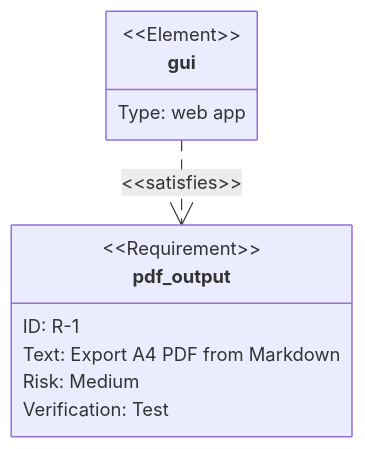
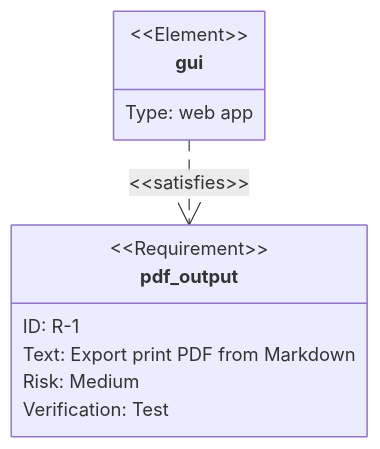
Before and after one commit to GawaDev/ohyna: diagram 22 of 25 in web/src/sample.md, drawn with Mermaid. The commit also changed other lines of this file and 51 other files, not shown here.

````diff
--- a/web/src/sample.md
+++ b/web/src/sample.md
@@ -823,13 +823,13 @@
 ```mermaid
 requirementDiagram
   requirement pdf_output {
     id: "R-1"
-    text: "Export A4 PDF from Markdown"
+    text: "Export print PDF from Markdown"
     risk: medium
     verifymethod: test
   }
   element gui {
     type: "web app"
   }
   gui - satisfies -> pdf_output
 ```
````
